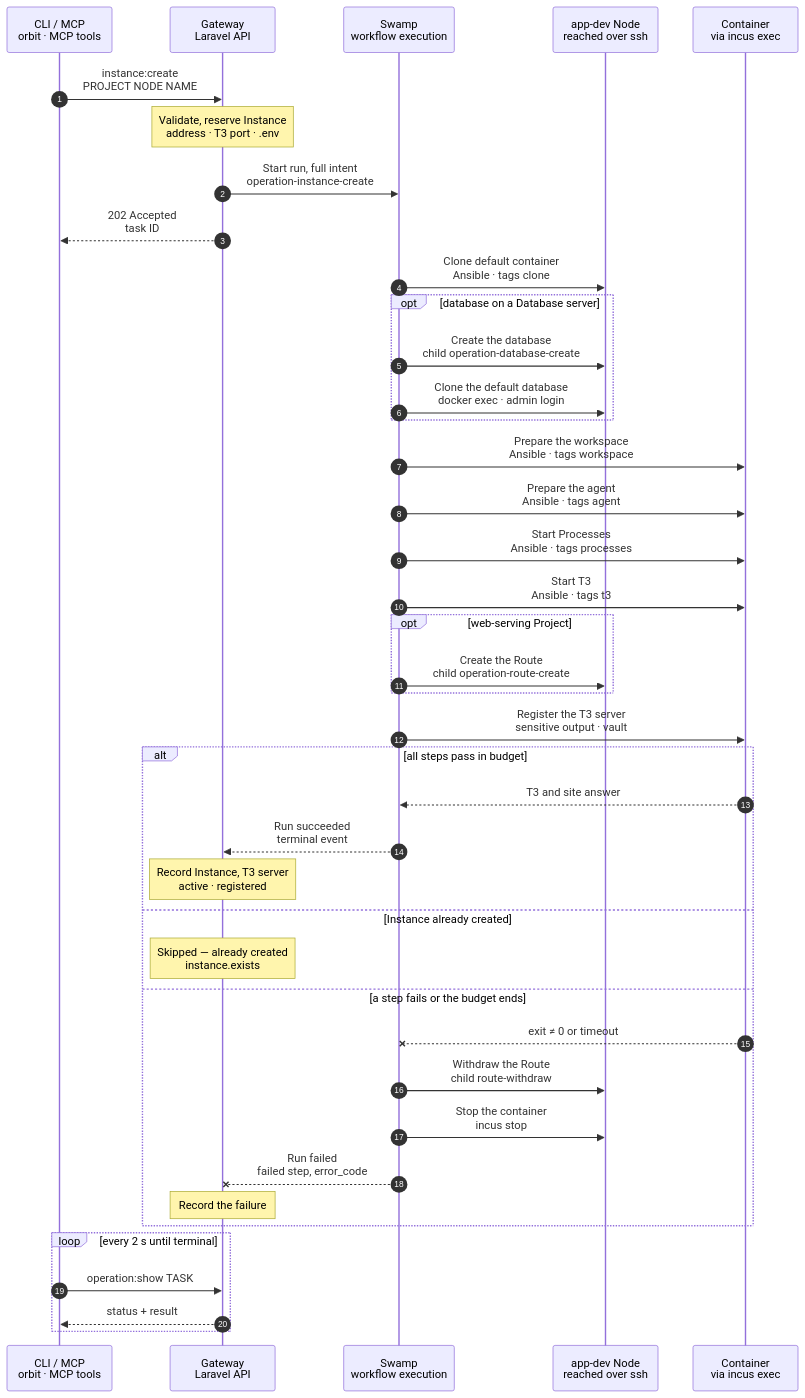
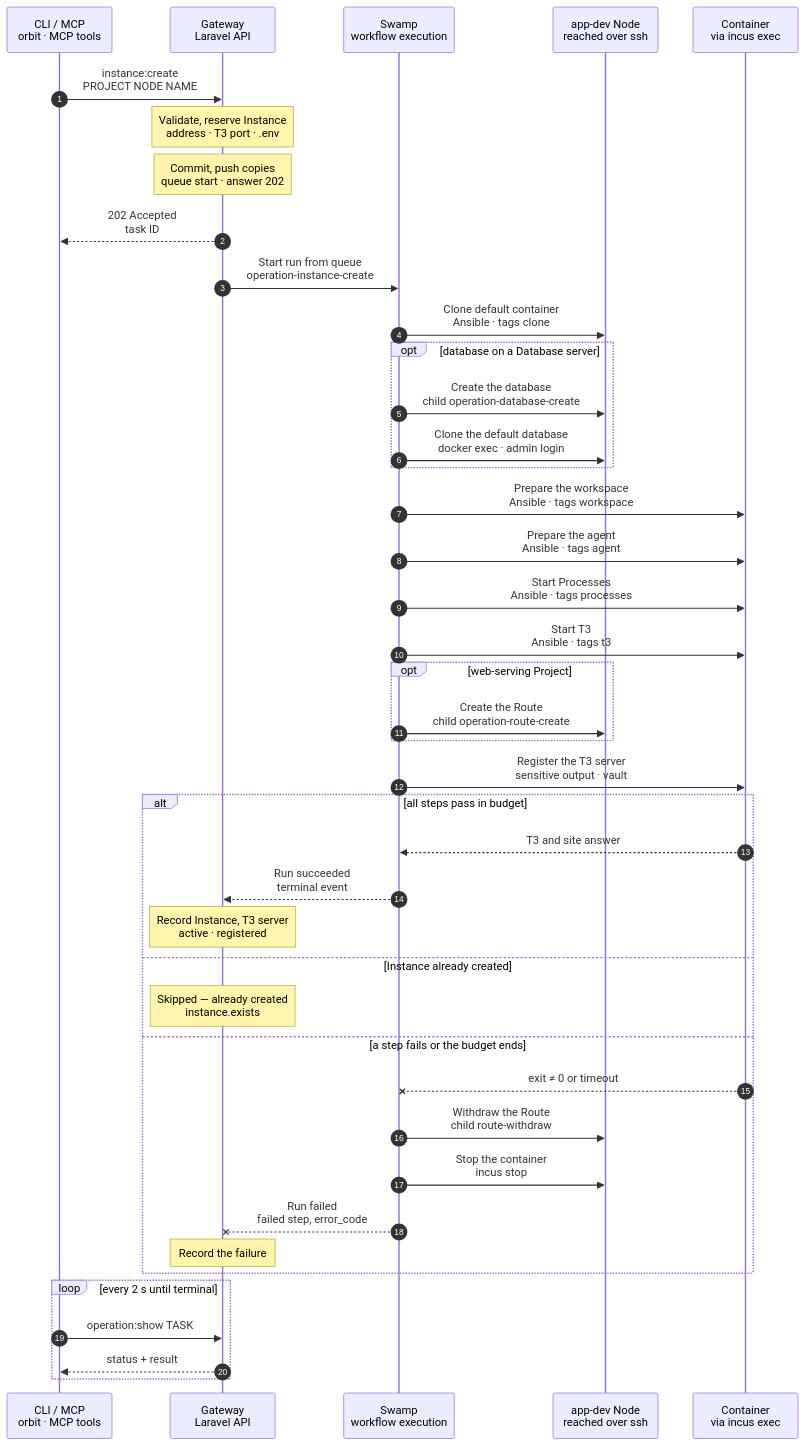
One commit to hardimpactdev/orbit changed the diagram in docs/cli/instance/container/create.mmd. Above: the diagram before and after it, drawn with Mermaid. The commit also changed 26 other files, not shown here.

First line of the commit message:
fix(gateway): queue Swamp run starts after admission (F24) (#3321)

```diff
--- a/docs/cli/instance/container/create.mmd
+++ b/docs/cli/instance/container/create.mmd
@@ -1,106 +1,107 @@
 sequenceDiagram
   %% Target design, container runtime (ADR 0250 step 3, docs/reference/development-containers.md#create): every new Instance is a ZFS clone of the Project's default Instance on its Node, with a clone of its database. Built for the Nodes of the build list. The kind and its step names follow docs/cli/instance/create.mmd; the intent's `container.clone` marks a clone. The Project's first default Instance is container/create-default.mmd; when the charts move into place, it becomes the first-default branch of this chart.
   %% status: draft
   %% command: instance:create
   %% kind: instance.create
   autonumber
   %% lane CLI icon=terminal pill=caller tone=gray
   %% lane GW icon=gateway pill=intent tone=blue
   %% lane SW icon=workflow pill=executes tone=green
   %% lane N icon=server pill=target tone=amber
   %% lane C icon=server pill=target tone=purple
   participant CLI as CLI / MCP<br/>orbit · MCP tools
   participant GW as Gateway<br/>Laravel API
   participant SW as Swamp<br/>workflow execution
   participant N as app-dev Node<br/>reached over ssh
   participant C as Container<br/>via incus exec
   CLI->>GW: instance:create<br/>PROJECT NODE NAME
   %%> Command:
   %%> - `orbit instance:create PROJECT NODE NAME`
   %%> - syntax: `<project> <node> <name> [--root=PATH] [--domain=HOST] [--branch=BRANCH] [--database-server=SLUG]`
   Note over GW: Validate, reserve Instance<br/>address · T3 port · .env
   %%> Requirements:
   %%> - the calling Node has node access to the target Node, an active `app-dev` Node
   %%> - the Project's `default` Instance runs in a container on this Node, is active and has a seed snapshot, else `instance.default_missing`
   %%> - Conn is enabled, and the model router has its guard, else `operation.kind_unavailable`
   %%> - a database on a Database server clones on the default's server; another server refuses `instance.database_clone_unsupported`
   %%> Result:
   %%> - the Instance is reserved with its runtime record: container name, bridge address, the lowest free T3 port from 3800 and the default as clone source
   %%> - `.env` is rendered from the Project's env template; it, the placeholder model key and a repository read token go to the vault
   %%> - a task is recorded with the full intent and `container.clone`
-  GW->>SW: Start run, full intent<br/>operation-instance-create
+  Note over GW: Commit, push copies<br/>queue start · answer 202
   GW-->>CLI: 202 Accepted<br/>task ID
+  GW->>SW: Start run from queue<br/>operation-instance-create
   SW->>N: Clone default container<br/>Ansible · tags clone
   %%> What it does:
   %%> - `incus copy` of the default container's snapshot `seed-<commit>`, a ZFS clone; a stopped default needs no start
   %%> - the copy gets its own bridge address and ACL, and the proxy device `t3`: NAT from the Node's WireGuard address and the T3 port to T3's port 3773
   %%> - the container's ACL lets the Node's Caddy reach port 8080, WireGuard peers reach port 3773, and the container reach its database server's port
   %%> - UFW: a route rule admits WireGuard peers to T3, below a deny for the task VM range; a rule admits the container to its database server's port
   %%> - starts the copy: nftables, `hidepid` and the image's units start; T3 does not, because `/etc/orbit/instance` does not exist yet
   %%> Branch:
   %%> - fetches the Instance's branch into the Node's mirror with the read token, or creates it at the seed commit; the token stays on the Node
   opt database on a Database server
     SW->>N: Create the database<br/>child operation-database-create
     %%> What it does, through the database family:
     %%> - creates the Instance's owner and an empty database on the default's server
     SW->>N: Clone the default database<br/>docker exec · admin login
     %%> What it does:
     %%> - PostgreSQL: refuses new connections to the default database and ends its sessions, then `CREATE DATABASE … TEMPLATE`, and gives the clone's objects to the new owner
     %%> - a cleanup that always runs allows connections to the default database again
     %%> - MySQL: a dump of the default database restored into the new one
     %%> Runs beside the clone step: Swamp starts both at once.
   end
   SW->>C: Prepare the workspace<br/>Ansible · tags workspace
   %%> What it does:
   %%> - pushes the branch in as a bundle and checks it out in `/srv/workspace`; the group, setgid bits and default ACLs come with the clone
   %%> - writes `.env` for `orbit` with group `work`; it keeps the default's `APP_KEY`, because the cloned data is encrypted with it
   %%> No setup steps:
   %%> - the default Instance installed the dependencies and migrated; a later lockfile change is installed in the workspace
   SW->>C: Prepare the agent<br/>Ansible · tags agent
   %%> What it does:
   %%> - writes the placeholder key for `agent`, and the Claude Code and Codex settings that point at the model forwarder
   %%> - links `~/.claude/CLAUDE.md` and `~/.codex/AGENTS.md` of `agent` to the note of the Project type
   %%> - writes `/etc/orbit/instance`, owned by root and readable by all
   SW->>C: Start Processes<br/>Ansible · tags processes
   %%> What it does:
   %%> - rewrites FrankenPHP's unit for the clone's own bridge address and restarts it as `orbit`
   SW->>C: Start T3<br/>Ansible · tags t3
   %%> What it does:
   %%> - T3 starts for the first time and creates its identity; the T3 project `/srv/workspace` is added as `agent`
   %%> Check:
   %%> - waits up to 30 s for `/.well-known/t3/environment`, else `instance.t3_unready`
   opt web-serving Project
     SW->>N: Create the Route<br/>child operation-route-create
     %%> What it adds:
     %%> - the same steps as `route:create`, with its key and signature, then a TLS probe of the site
     %%> - the Node's Caddy proxies the Route to FrankenPHP at the container's bridge address
   end
   SW->>C: Register the T3 server<br/>sensitive output · vault
   %%> What it does:
   %%> - see container/t3-register.mmd: the sessions go to the vault, and the step checks the environment id and scopes
   alt all steps pass in budget
     C-->>SW: T3 and site answer
     SW-->>GW: Run succeeded<br/>terminal event
     Note over GW: Record Instance, T3 server<br/>active · registered
     %%> Result:
     %%> - the Instance, its runtime and its Route become active; the runtime records the default Instance it came from
     %%> - the Conn layer records the T3 server from the result; its Node is the container's Node and it names the Instance
   else Instance already created
     Note over GW: Skipped — already created<br/>instance.exists
   else a step fails or the budget ends
     C--xSW: exit ≠ 0 or timeout
     SW->>N: Withdraw the Route<br/>child route-withdraw
     %%> When:
     %%> - only when the run published it
     SW->>N: Stop the container<br/>incus stop
     %%> What stays:
     %%> - the stopped container, its database and its runtime record, marked failed; `instance:destroy` removes them
     SW--xGW: Run failed<br/>failed step, error_code
     Note over GW: Record the failure
     %%> Retry:
     %%> - run the same command again; it resumes on the same container and database
   end
   loop every 2 s until terminal
     CLI->>GW: operation:show TASK
     GW-->>CLI: status + result
   end
```
